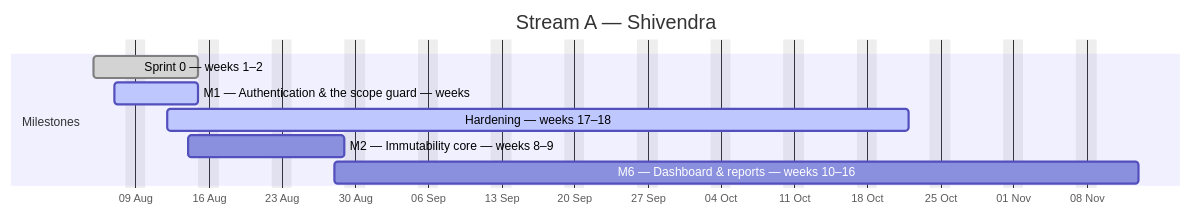
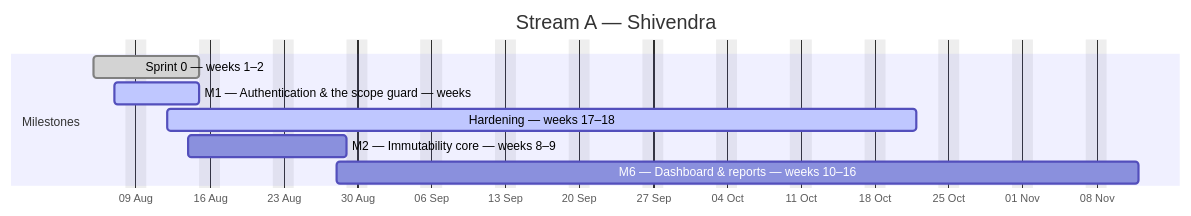
One commit to debashisedunext/EduTrack changed the first of 4 diagrams in docs/plan/GANTT.md. Above: the diagram before and after it, drawn with Mermaid. The commit also changed other lines of this file and 3 other files, not shown here.

````diff
--- a/docs/plan/GANTT.md
+++ b/docs/plan/GANTT.md
@@ -123,13 +123,13 @@
 ```mermaid
 gantt
     dateFormat YYYY-MM-DD
     axisFormat %d %b
     title Stream A — Shivendra
     excludes weekends
     section Milestones
     Sprint 0 — weeks 1–2 :done, a0, 2026-08-05, 8d
     M1 — Authentication & the scope guard — weeks :active, a1, 2026-08-07, 6d
     Hardening — weeks 17–18 :active, a2, 2026-08-12, 51d
     M2 — Immutability core — weeks 8–9 :a3, 2026-08-14, 11d
-    M6 — Dashboard & reports — weeks 10–16 :a4, 2026-08-28, 55d
+    M6 — Dashboard & reports — weeks 10–16 :a4, 2026-08-28, 54d
 ```
````
